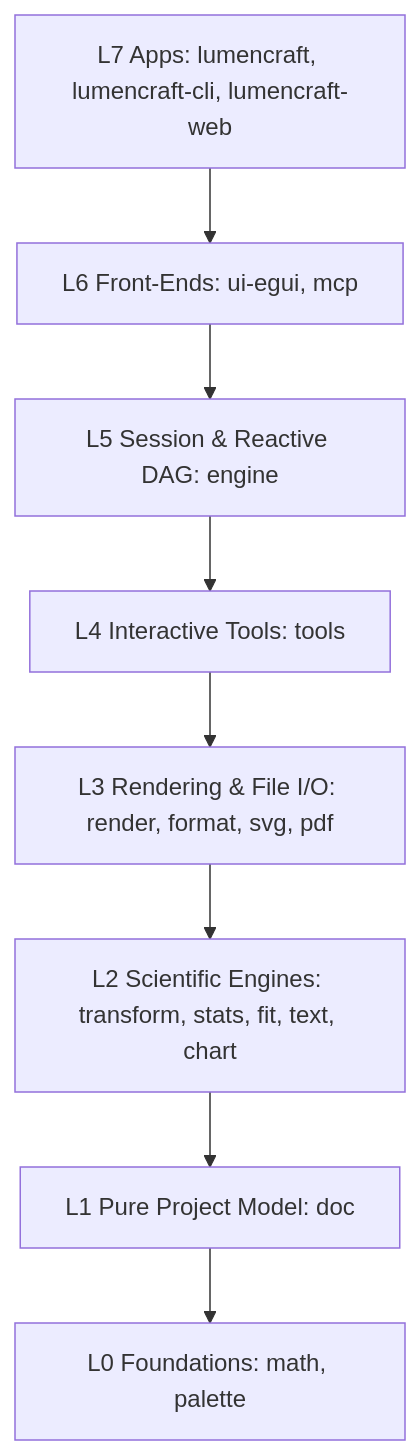
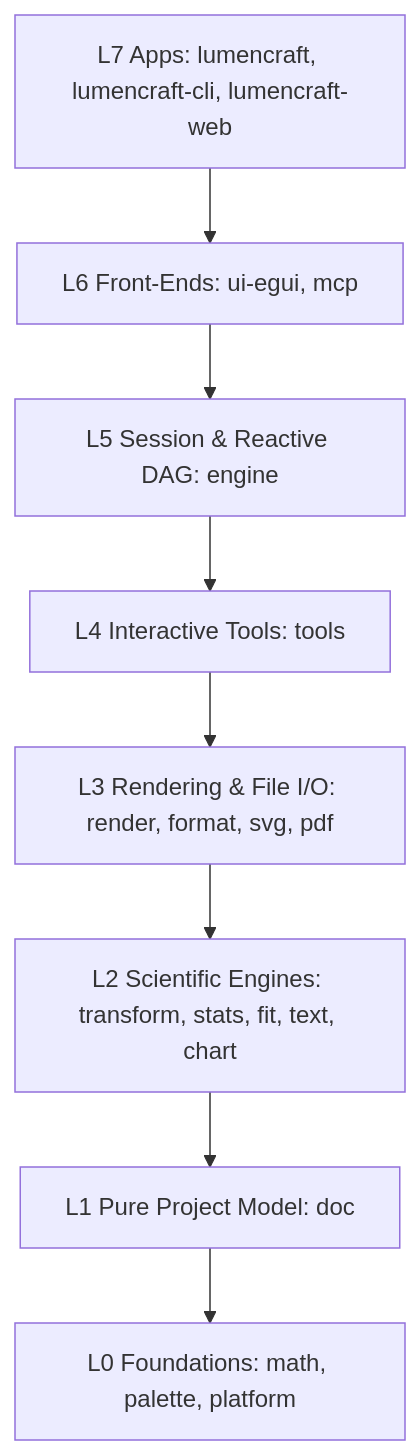
One commit to HauserGroup/curvebook changed the diagram in docs/architecture.md. Above: the diagram before and after it, drawn with Mermaid. The commit also changed other lines of this file and 59 other files, not shown here.

Commit message:
docs(audit,roadmap,fit,stats): add Round 2 delta audit, R10 roadmap, and method references

````diff
--- a/docs/architecture.md
+++ b/docs/architecture.md
@@ -5,19 +5,19 @@
 ```mermaid
 flowchart TD
     L7["L7 Apps: lumencraft, lumencraft-cli, lumencraft-web"]
     L6["L6 Front-Ends: ui-egui, mcp"]
     L5["L5 Session & Reactive DAG: engine"]
     L4["L4 Interactive Tools: tools"]
     L3["L3 Rendering & File I/O: render, format, svg, pdf"]
     L2["L2 Scientific Engines: transform, stats, fit, text, chart"]
     L1["L1 Pure Project Model: doc"]
-    L0["L0 Foundations: math, palette"]
+    L0["L0 Foundations: math, palette, platform"]
 
     L7 --> L6
     L6 --> L5
     L5 --> L4
     L4 --> L3
     L3 --> L2
     L2 --> L1
     L1 --> L0
 ```
````
